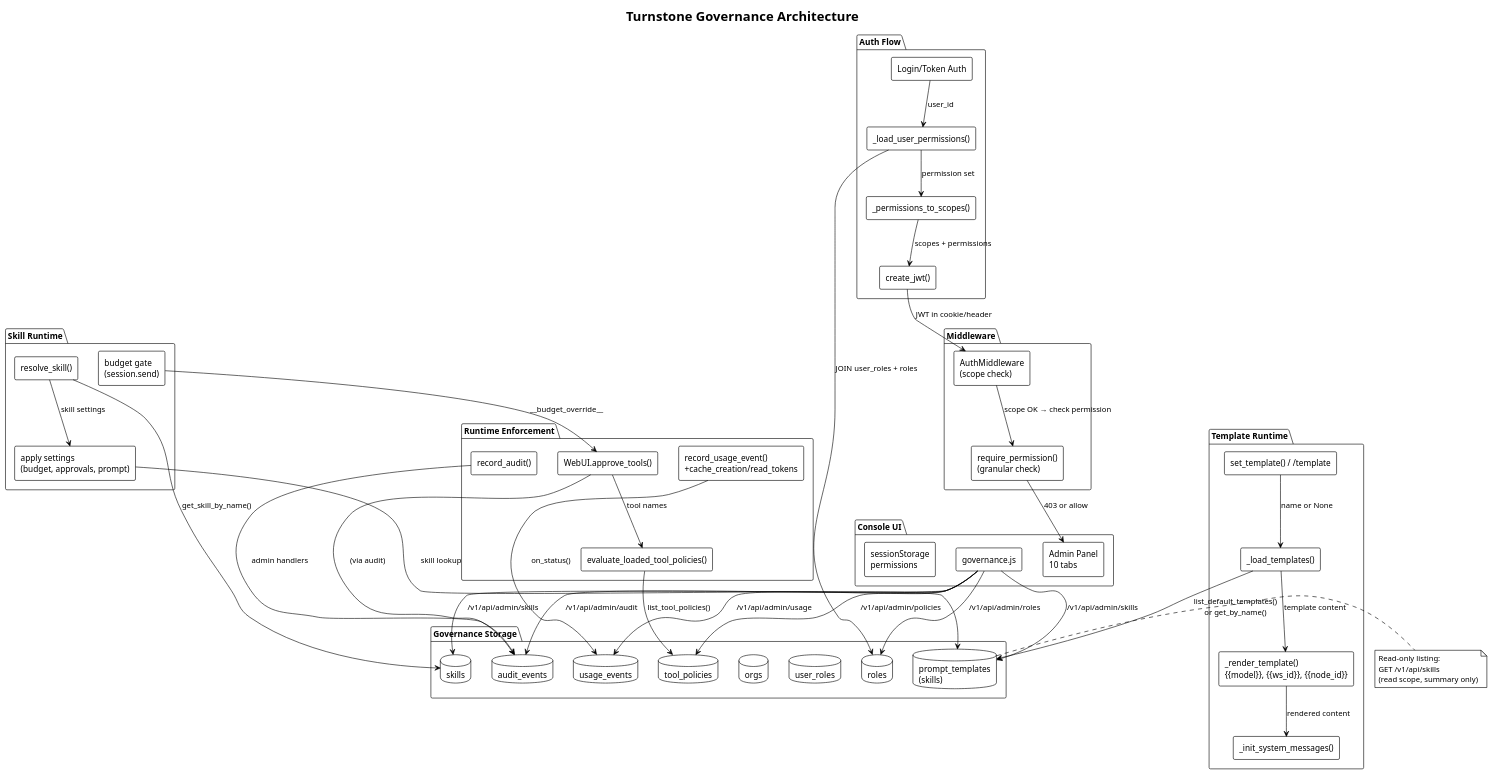
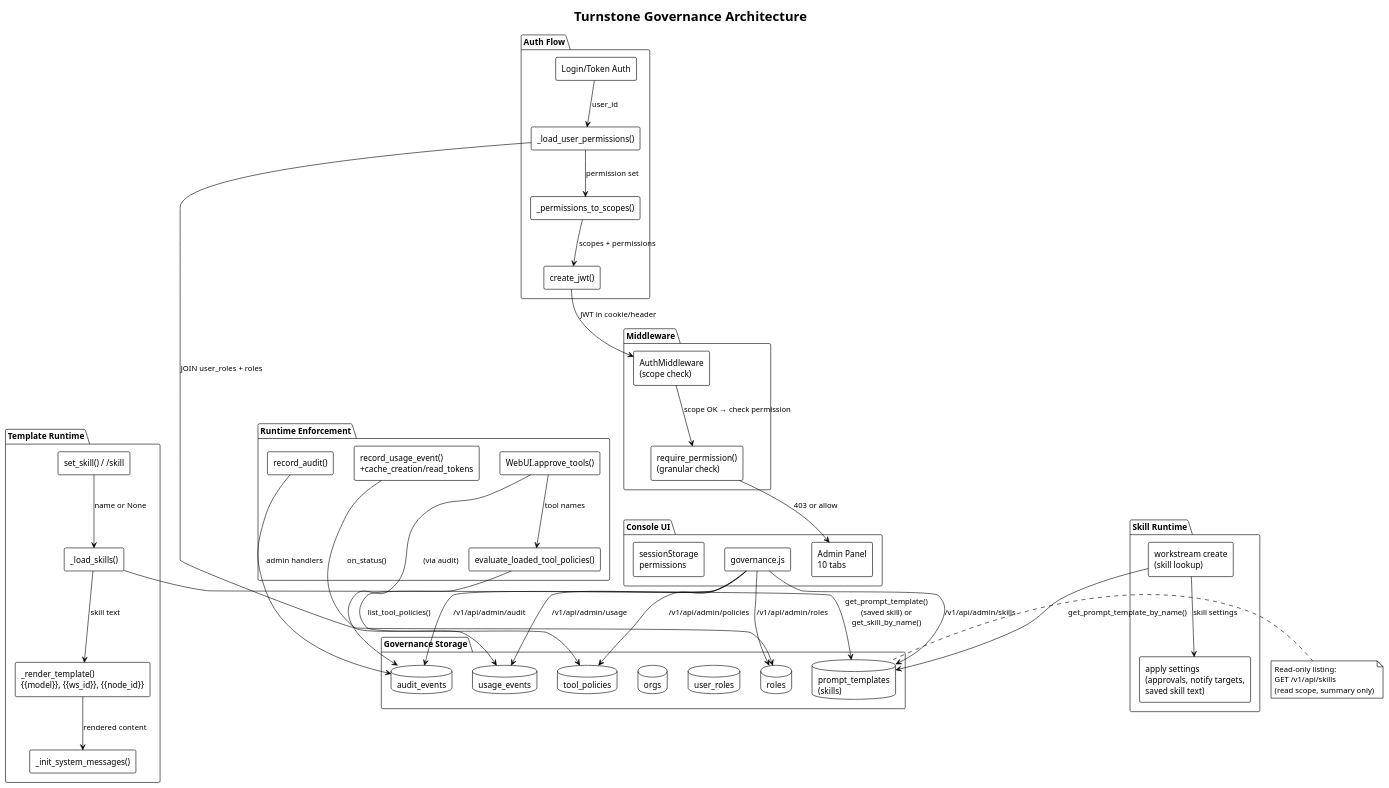
The diagram in docs/diagrams/19-governance-architecture.puml (turnstonelabs/turnstone), drawn with PlantUML before and after one commit. The commit also changed 84 other files, not shown here.

```diff
--- a/docs/diagrams/19-governance-architecture.puml
+++ b/docs/diagrams/19-governance-architecture.puml
@@ -1,100 +1,95 @@
 @startuml
 !theme plain
 skinparam backgroundColor #FFFFFF
 skinparam defaultFontName "IBM Plex Mono"
 skinparam componentStyle rectangle
 
 title Turnstone Governance Architecture
 
 package "Auth Flow" {
   [Login/Token Auth] as auth
   [_load_user_permissions()] as perms
   [_permissions_to_scopes()] as scopes
   [create_jwt()] as jwt
 }
 
 package "Middleware" {
   [AuthMiddleware\n(scope check)] as mw
   [require_permission()\n(granular check)] as rp
 }
 
 package "Governance Storage" {
   database "roles" as roles_db
   database "user_roles" as ur_db
   database "orgs" as orgs_db
   database "tool_policies" as tp_db
   database "prompt_templates\n(skills)" as pt_db
   database "usage_events" as ue_db
   database "audit_events" as ae_db
-  database "skills" as wt_db
 }
 
 package "Runtime Enforcement" {
   [evaluate_loaded_tool_policies()] as eval
   [WebUI.approve_tools()] as approve
   [record_usage_event()\n+cache_creation/read_tokens] as usage
   [record_audit()] as audit
 }
 
 package "Template Runtime" {
-  [_load_templates()] as tload
+  [_load_skills()] as tload
   [_render_template()\n{{model}}, {{ws_id}}, {{node_id}}] as trender
   [_init_system_messages()] as tsys
-  [set_template() / /template] as tset
+  [set_skill() / /skill] as tset
 }
 
 package "Skill Runtime" {
-  [resolve_skill()] as wtr
-  [apply settings\n(budget, approvals, prompt)] as wta
-  [budget gate\n(session.send)] as wtb
+  [workstream create\n(skill lookup)] as wtr
+  [apply settings\n(approvals, notify targets,\nsaved skill text)] as wta
 }
 
 package "Console UI" {
   [Admin Panel\n10 tabs] as ui
   [governance.js] as govjs
   [sessionStorage\npermissions] as ss
 }
 
 auth --> perms : user_id
 perms --> roles_db : JOIN user_roles + roles
 perms --> scopes : permission set
 scopes --> jwt : scopes + permissions
 
 jwt --> mw : JWT in cookie/header
 mw --> rp : scope OK → check permission
 
 rp --> ui : 403 or allow
 
 eval --> tp_db : list_tool_policies()
 approve --> eval : tool names
 approve --> ae_db : (via audit)
 
 usage --> ue_db : on_status()
 audit --> ae_db : admin handlers
 
 govjs --> roles_db : /v1/api/admin/roles
 govjs --> tp_db : /v1/api/admin/policies
 govjs --> pt_db : /v1/api/admin/skills
 govjs --> ue_db : /v1/api/admin/usage
 govjs --> ae_db : /v1/api/admin/audit
 
-tload --> pt_db : list_default_templates()\nor get_by_name()
-tload --> trender : template content
+tload --> pt_db : get_prompt_template()\n(saved skill) or\nget_skill_by_name()
+tload --> trender : skill text
 trender --> tsys : rendered content
 tset --> tload : name or None
 
 note right of pt_db
   Read-only listing:
   GET /v1/api/skills
   (read scope, summary only)
 end note
 
-govjs --> wt_db : /v1/api/admin/skills
-wtr --> wt_db : get_skill_by_name()
+wtr --> pt_db : get_prompt_template_by_name()
 wtr --> wta : skill settings
-wta --> pt_db : skill lookup
-wtb --> approve : __budget_override__
 
 auth -[hidden]-> mw
 mw -[hidden]-> approve
 @enduml
```
